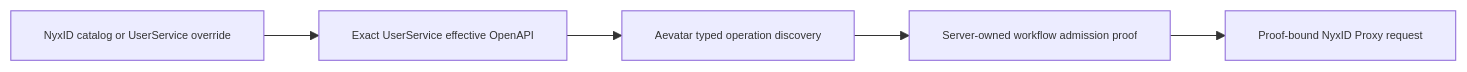
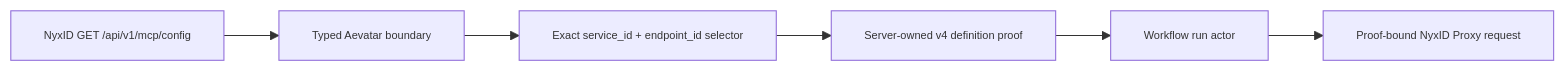
Before and after one commit to aevatarAI/aevatar: the first of 2 diagrams in docs/canon/nyxid-connected-service-tools.md, drawn with Mermaid. The commit also changed other lines of this file and 61 other files, not shown here.

Commit message:
Fix NyxID MCP workflow admission

````diff
--- a/docs/canon/nyxid-connected-service-tools.md
+++ b/docs/canon/nyxid-connected-service-tools.md
@@ -47,8 +49,9 @@
 ```mermaid
 %%{init: {"maxTextSize": 100000, "flowchart": {"useMaxWidth": false, "nodeSpacing": 10, "rankSpacing": 50}, "themeVariables": {"fontSize": "10px"}}}%%
 flowchart LR
-    A["NyxID catalog or UserService override"] --> B["Exact UserService effective OpenAPI"]
-    B --> C["Aevatar typed operation discovery"]
-    C --> D["Server-owned workflow admission proof"]
-    D --> E["Proof-bound NyxID Proxy request"]
+    A["NyxID GET /api/v1/mcp/config"] --> B["Typed Aevatar boundary"]
+    B --> C["Exact service_id + endpoint_id selector"]
+    C --> D["Server-owned v4 definition proof"]
+    D --> E["Workflow run actor"]
+    E --> F["Proof-bound NyxID Proxy request"]
 ```
````
